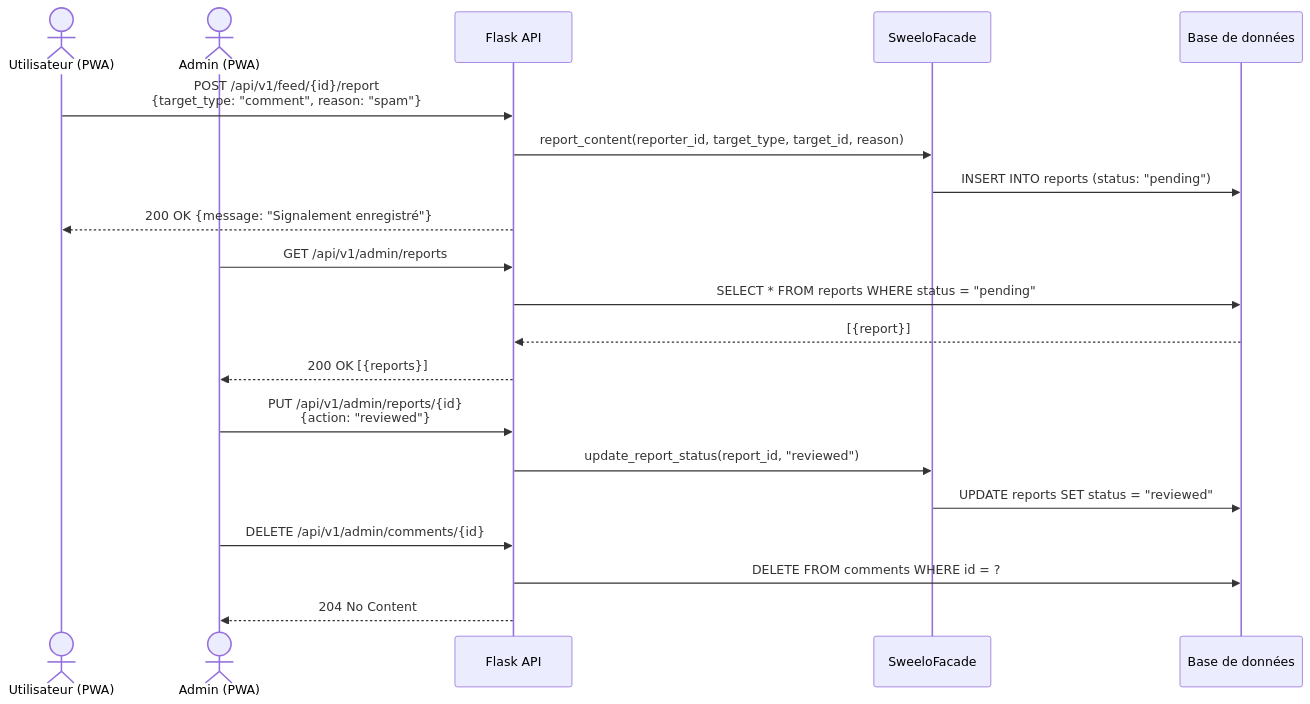
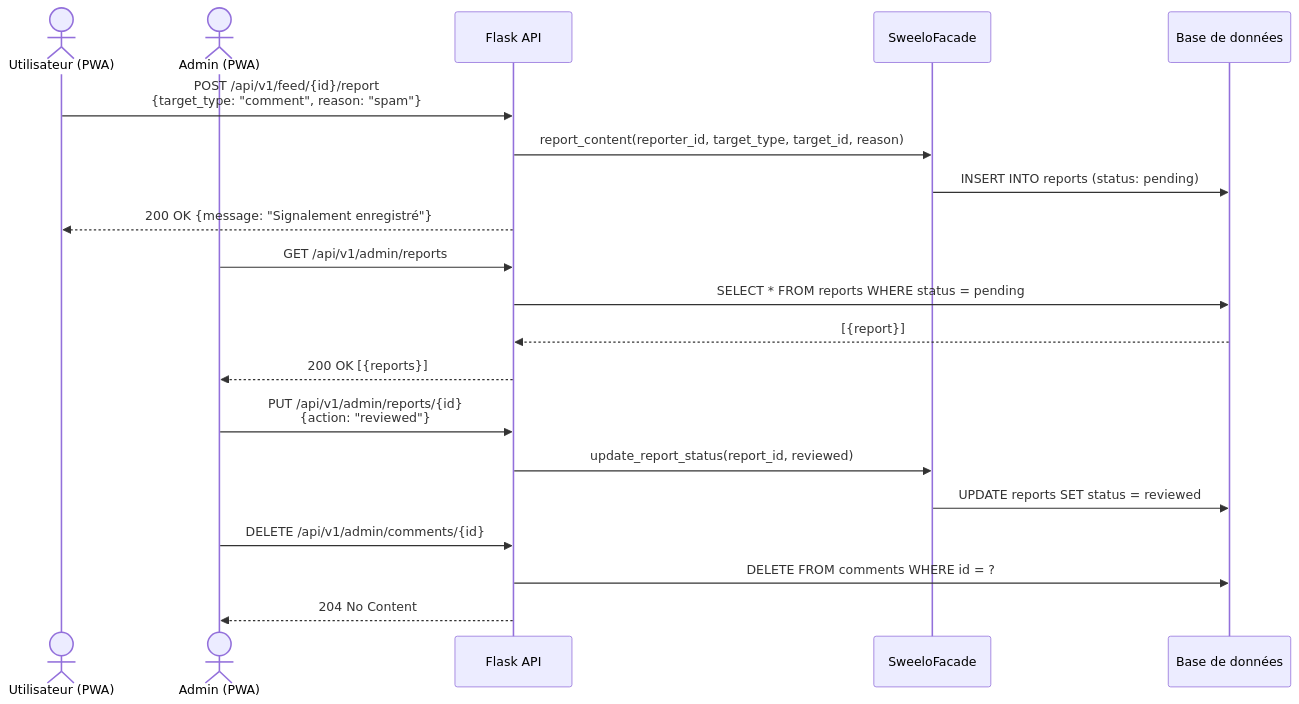
Before and after one commit to arthurmoulard/Sweelo_APP: the ninth of 10 diagrams in README.md, drawn with Mermaid. The commit also changed other lines of this file, not shown here.

Commit message:
docs: enhance README with content moderation details, including OpenAI API integration and user stories

````diff
--- a/README.md
+++ b/README.md
@@ -696,25 +508,26 @@
 ```mermaid
 sequenceDiagram
     actor U as Utilisateur (PWA)
     actor A as Admin (PWA)
     participant API as Flask API
     participant F as SweeloFacade
     participant DB as Base de données
 
     U->>API: POST /api/v1/feed/{id}/report<br/>{target_type: "comment", reason: "spam"}
     API->>F: report_content(reporter_id, target_type, target_id, reason)
-    F->>DB: INSERT INTO reports (status: "pending")
+    F->>DB: INSERT INTO reports (status: pending)
     API-->>U: 200 OK {message: "Signalement enregistré"}
 
     A->>API: GET /api/v1/admin/reports
-    API->>DB: SELECT * FROM reports WHERE status = "pending"
+    API->>DB: SELECT * FROM reports WHERE status = pending
     DB-->>API: [{report}]
     API-->>A: 200 OK [{reports}]
 
     A->>API: PUT /api/v1/admin/reports/{id}<br/>{action: "reviewed"}
-    API->>F: update_report_status(report_id, "reviewed")
-    F->>DB: UPDATE reports SET status = "reviewed"
+    API->>F: update_report_status(report_id, reviewed)
+    F->>DB: UPDATE reports SET status = reviewed
+
     A->>API: DELETE /api/v1/admin/comments/{id}
     API->>DB: DELETE FROM comments WHERE id = ?
     API-->>A: 204 No Content
 ```
````
